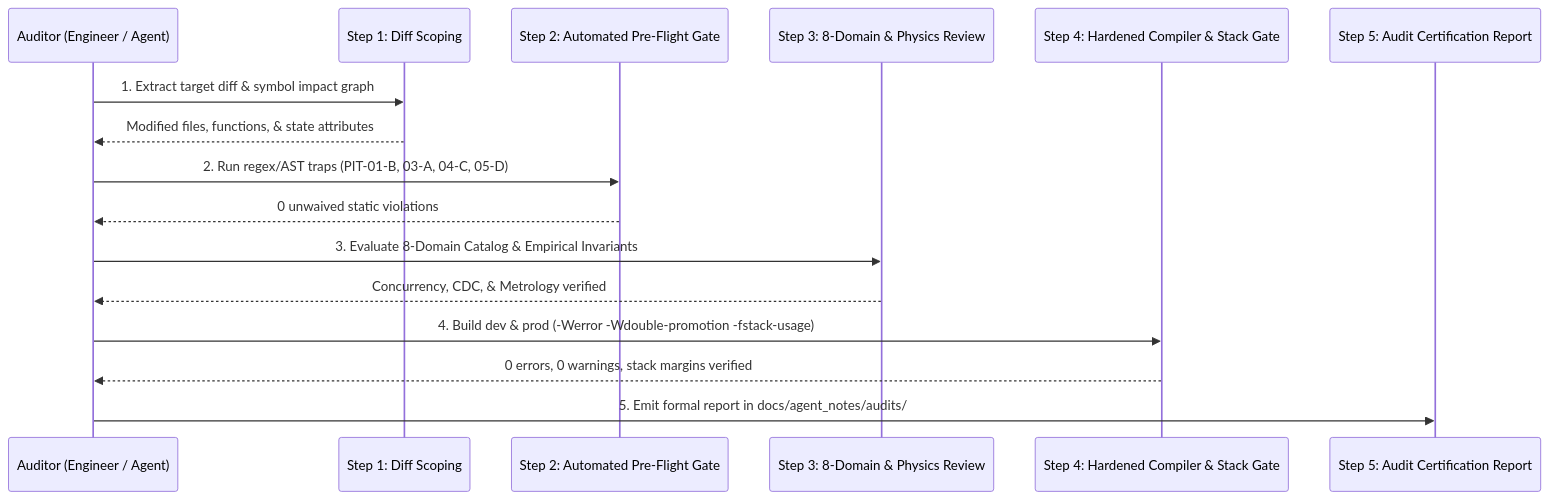
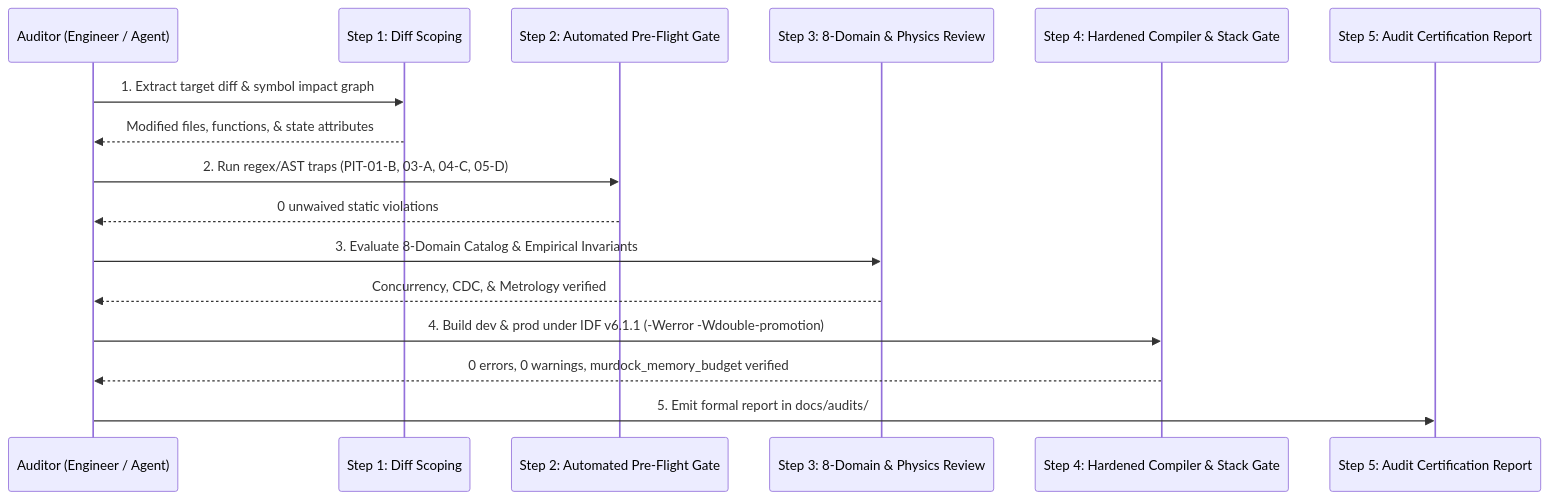
The second of 2 diagrams in docs/architecture/D0_std_audit_framework.md (Humidyne-Labs/H1OS), drawn with Mermaid before and after one commit. The commit also changed other lines of this file and 192 other files, not shown here.

Commit message:
chore(release): rev v2.4.10-dev, IDF v6.1.1, epd-font v1.0.23 audit, bump_version tool & docs

````diff
--- a/docs/architecture/D0_std_audit_framework.md
+++ b/docs/architecture/D0_std_audit_framework.md
@@ -187,20 +189,20 @@
 ```mermaid
 sequenceDiagram
     participant Auditor as Auditor (Engineer / Agent)
     participant Git as Step 1: Diff Scoping
     participant AST as Step 2: Automated Pre-Flight Gate
     participant Review as Step 3: 8-Domain & Physics Review
     participant Compiler as Step 4: Hardened Compiler & Stack Gate
     participant Report as Step 5: Audit Certification Report
 
     Auditor->>Git: 1. Extract target diff & symbol impact graph
     Git-->>Auditor: Modified files, functions, & state attributes
     Auditor->>AST: 2. Run regex/AST traps (PIT-01-B, 03-A, 04-C, 05-D)
     AST-->>Auditor: 0 unwaived static violations
     Auditor->>Review: 3. Evaluate 8-Domain Catalog & Empirical Invariants
     Review-->>Auditor: Concurrency, CDC, & Metrology verified
-    Auditor->>Compiler: 4. Build dev & prod (-Werror -Wdouble-promotion -fstack-usage)
-    Compiler-->>Auditor: 0 errors, 0 warnings, stack margins verified
-    Auditor->>Report: 5. Emit formal report in docs/agent_notes/audits/
+    Auditor->>Compiler: 4. Build dev & prod under IDF v6.1.1 (-Werror -Wdouble-promotion)
+    Compiler-->>Auditor: 0 errors, 0 warnings, murdock_memory_budget verified
+    Auditor->>Report: 5. Emit formal report in docs/audits/
 
 ```
````
